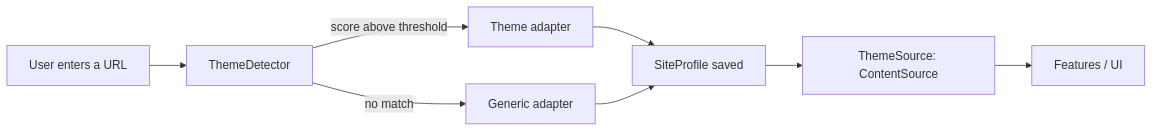
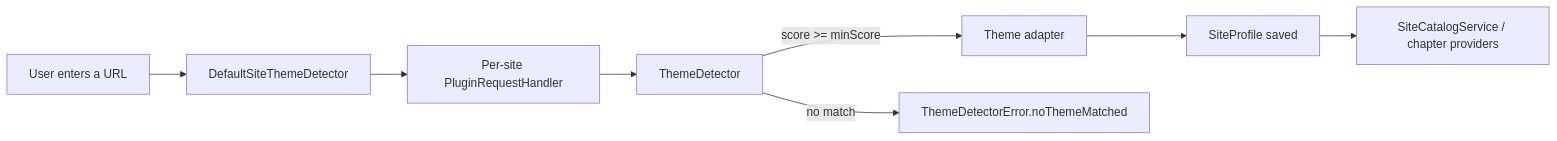
The second of 3 diagrams in docs/ARCHITECTURE.md (BlankGrimoire/BlankGrimoire-iOS), drawn with Mermaid before and after one commit. The commit also changed other lines of this file and 8 other files, not shown here.

First line of the commit message:
docs(ios): document the F5 architecture decisions

````diff
--- a/docs/ARCHITECTURE.md
+++ b/docs/ARCHITECTURE.md
@@ -54,10 +57,10 @@
 ```mermaid
 flowchart LR
-  U[User enters a URL] --> D[ThemeDetector]
-  D -->|score above threshold| A[Theme adapter]
-  D -->|no match| G[Generic adapter]
-  A --> P[SiteProfile saved]
-  G --> P
-  P --> S[ThemeSource: ContentSource]
-  S --> UI[Features / UI]
+  U[User enters a URL] --> D[DefaultSiteThemeDetector]
+  D --> P[Per-site PluginRequestHandler]
+  P --> T[ThemeDetector]
+  T -->|score >= minScore| A[Theme adapter]
+  T -->|no match| E[ThemeDetectorError.noThemeMatched]
+  A --> S[SiteProfile saved]
+  S --> C[SiteCatalogService / chapter providers]
 ```
````
